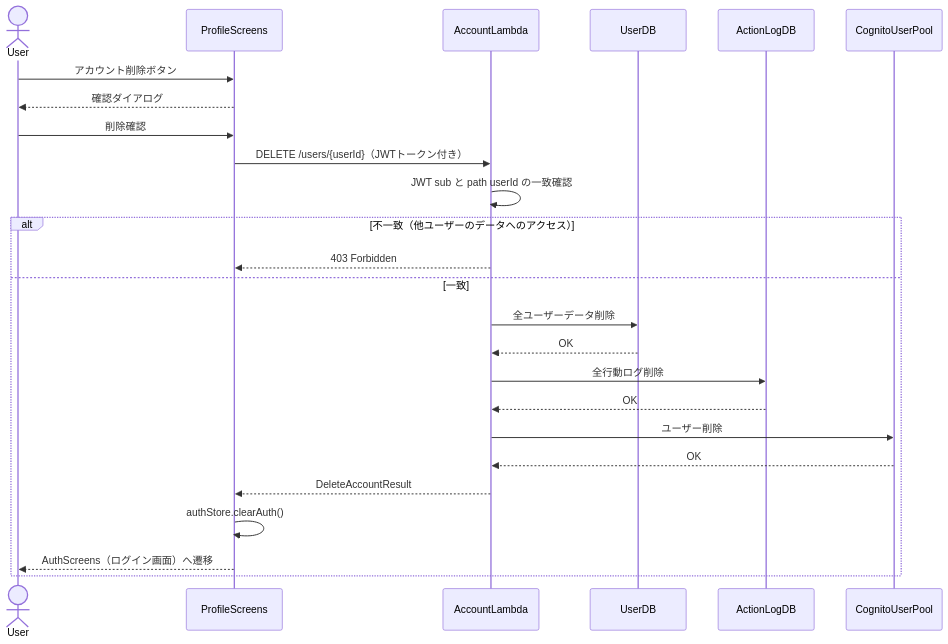
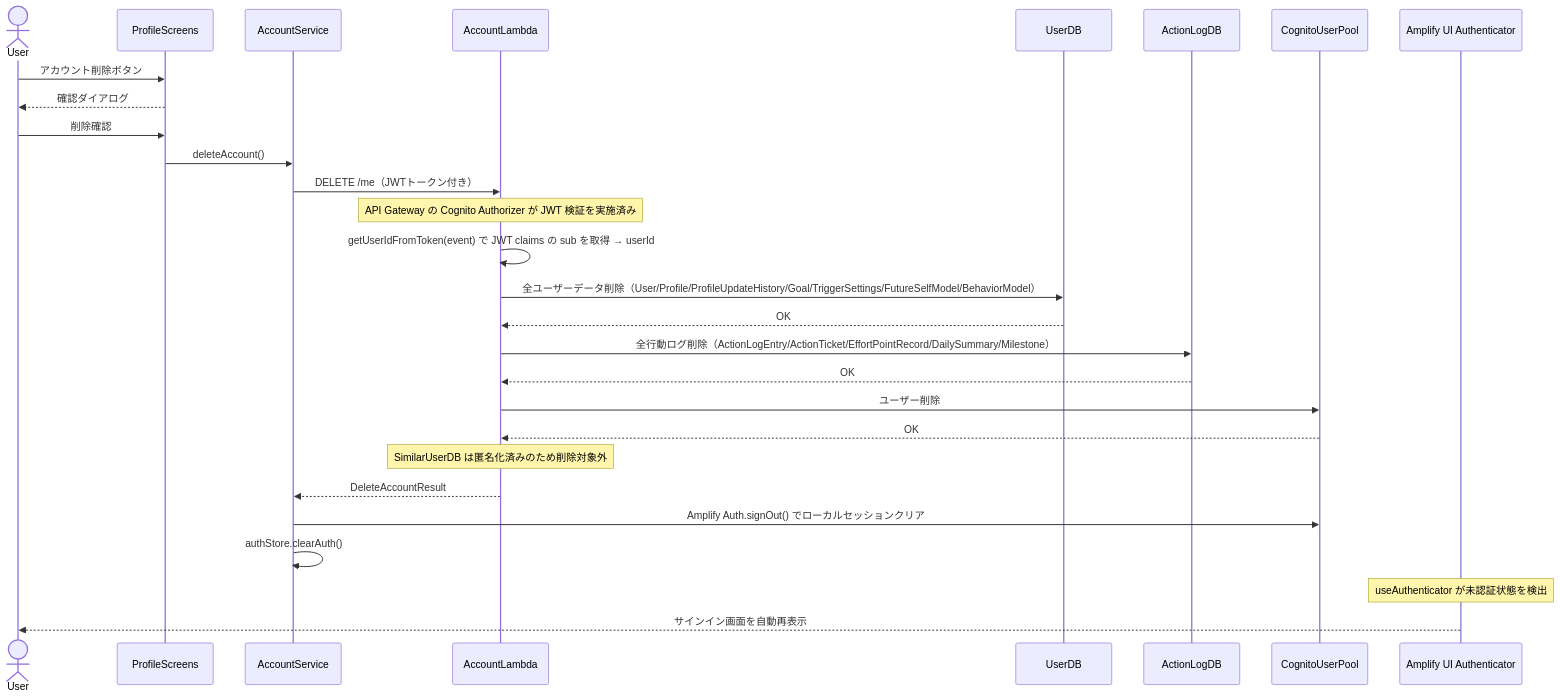
One commit to aws-dlc-hackathon-team-a/team-a changed the eighth of 10 diagrams in aidlc-docs/inception/application-design/component-dependency.md. Above: the diagram before and after it, drawn with Mermaid. The commit also changed other lines of this file and 10 other files, not shown here.

````diff
--- a/aidlc-docs/inception/application-design/component-dependency.md
+++ b/aidlc-docs/inception/application-design/component-dependency.md
@@ -272,28 +293,31 @@
 ```mermaid
 sequenceDiagram
     actor User
     participant ProfileScreens
+    participant AccountService
     participant AccountLambda
     participant UserDB
     participant ActionLogDB
     participant Cognito as CognitoUserPool
+    participant Authenticator as Amplify UI Authenticator
 
     User->>ProfileScreens: アカウント削除ボタン
     ProfileScreens-->>User: 確認ダイアログ
     User->>ProfileScreens: 削除確認
-    ProfileScreens->>AccountLambda: DELETE /users/{userId}（JWTトークン付き）
-    AccountLambda->>AccountLambda: JWT sub と path userId の一致確認
-    alt 不一致（他ユーザーのデータへのアクセス）
-        AccountLambda-->>ProfileScreens: 403 Forbidden
-    else 一致
-        AccountLambda->>UserDB: 全ユーザーデータ削除
-        UserDB-->>AccountLambda: OK
-        AccountLambda->>ActionLogDB: 全行動ログ削除
-        ActionLogDB-->>AccountLambda: OK
-        AccountLambda->>Cognito: ユーザー削除
-        Cognito-->>AccountLambda: OK
-        AccountLambda-->>ProfileScreens: DeleteAccountResult
-        ProfileScreens->>ProfileScreens: authStore.clearAuth()
-        ProfileScreens-->>User: AuthScreens（ログイン画面）へ遷移
-    end
+    ProfileScreens->>AccountService: deleteAccount()
+    AccountService->>AccountLambda: DELETE /me（JWTトークン付き）
+    Note over AccountLambda: API Gateway の Cognito Authorizer が JWT 検証を実施済み
+    AccountLambda->>AccountLambda: getUserIdFromToken(event) で JWT claims の sub を取得 → userId
+    AccountLambda->>UserDB: 全ユーザーデータ削除（User/Profile/ProfileUpdateHistory/Goal/TriggerSettings/FutureSelfModel/BehaviorModel）
+    UserDB-->>AccountLambda: OK
+    AccountLambda->>ActionLogDB: 全行動ログ削除（ActionLogEntry/ActionTicket/EffortPointRecord/DailySummary/Milestone）
+    ActionLogDB-->>AccountLambda: OK
+    AccountLambda->>Cognito: ユーザー削除
+    Cognito-->>AccountLambda: OK
+    Note over AccountLambda: SimilarUserDB は匿名化済みのため削除対象外
+    AccountLambda-->>AccountService: DeleteAccountResult
+    AccountService->>Cognito: Amplify Auth.signOut() でローカルセッションクリア
+    AccountService->>AccountService: authStore.clearAuth()
+    Note over Authenticator: useAuthenticator が未認証状態を検出
+    Authenticator-->>User: サインイン画面を自動再表示
 ```
````
